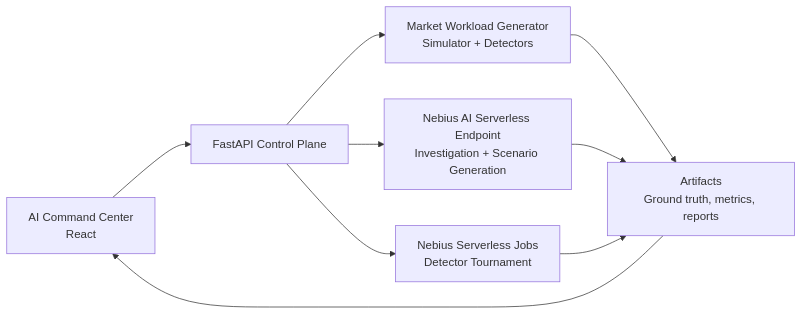
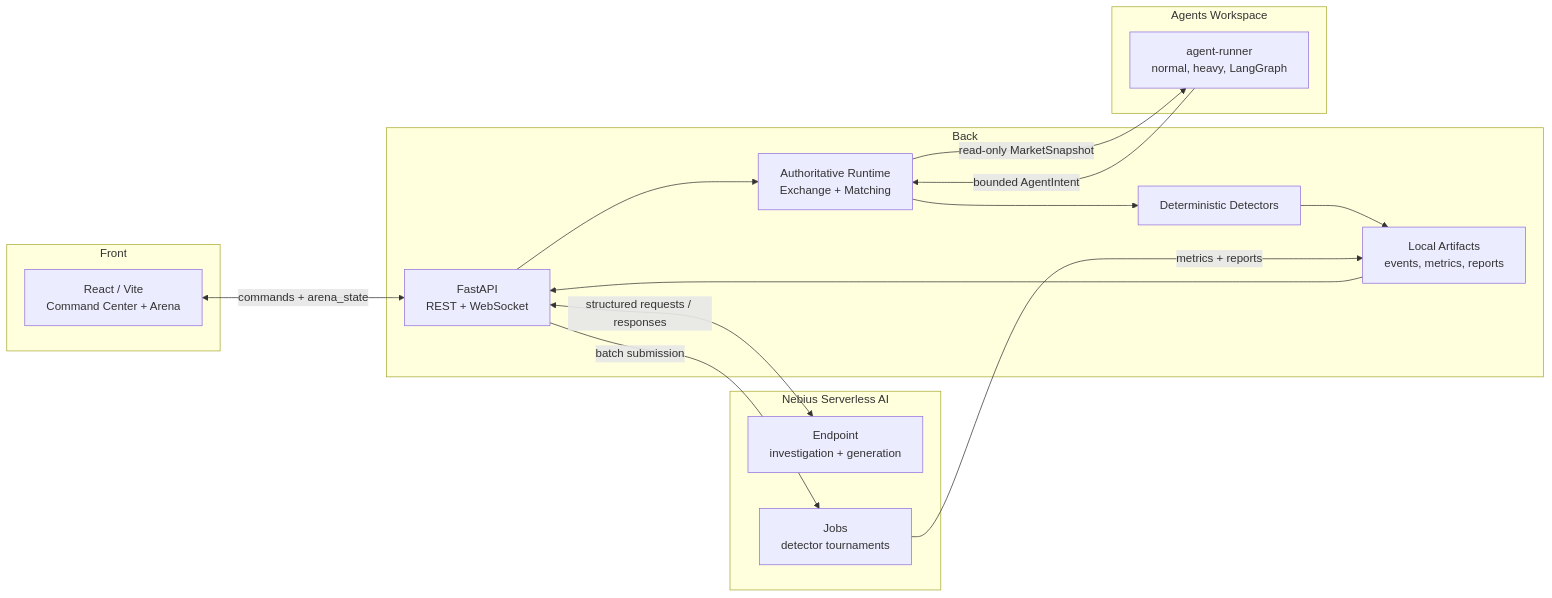
One commit to khab40/aimada changed the diagram in README.md. Above: the diagram before and after it, drawn with Mermaid. The commit also changed other lines of this file and 33 other files, not shown here.

Commit message:
feat: added CI, more tests, fixed docs, ARDs, diagrams, duplicates

````diff
--- a/README.md
+++ b/README.md
@@ -15,18 +15,30 @@
 ```mermaid
 flowchart LR
-    UI["AI Command Center<br/>React"]
-    API["FastAPI Control Plane"]
-    Arena["Market Workload Generator<br/>Simulator + Detectors"]
-    Endpoint["Nebius AI Serverless Endpoint<br/>Investigation + Scenario Generation"]
-    Jobs["Nebius Serverless Jobs<br/>Detector Tournament"]
-    Store["Artifacts<br/>Ground truth, metrics, reports"]
+    subgraph Front["Front"]
+        UI["React / Vite<br/>Command Center + Arena"]
+    end
+    subgraph Back["Back"]
+        API["FastAPI<br/>REST + WebSocket"]
+        Runtime["Authoritative Runtime<br/>Exchange + Matching"]
+        Detectors["Deterministic Detectors"]
+        Store["Local Artifacts<br/>events, metrics, reports"]
+    end
+    subgraph Agents["Agents Workspace"]
+        Runner["agent-runner<br/>normal, heavy, LangGraph"]
+    end
+    subgraph Nebius["Nebius Serverless AI"]
+        Endpoint["Endpoint<br/>investigation + generation"]
+        Jobs["Jobs<br/>detector tournaments"]
+    end
 
-    UI --> API
-    API --> Arena
-    API --> Endpoint
-    API --> Jobs
-    Arena --> Store
-    Endpoint --> Store
-    Jobs --> Store
-    Store --> UI
+    UI <-->|"commands + arena_state"| API
+    API --> Runtime
+    Runtime -->|"read-only MarketSnapshot"| Runner
+    Runner -->|"bounded AgentIntent"| Runtime
+    Runtime --> Detectors
+    Detectors --> Store
+    API <-->|"structured requests / responses"| Endpoint
+    API -->|"batch submission"| Jobs
+    Jobs -->|"metrics + reports"| Store
+    Store --> API
 ```
````
